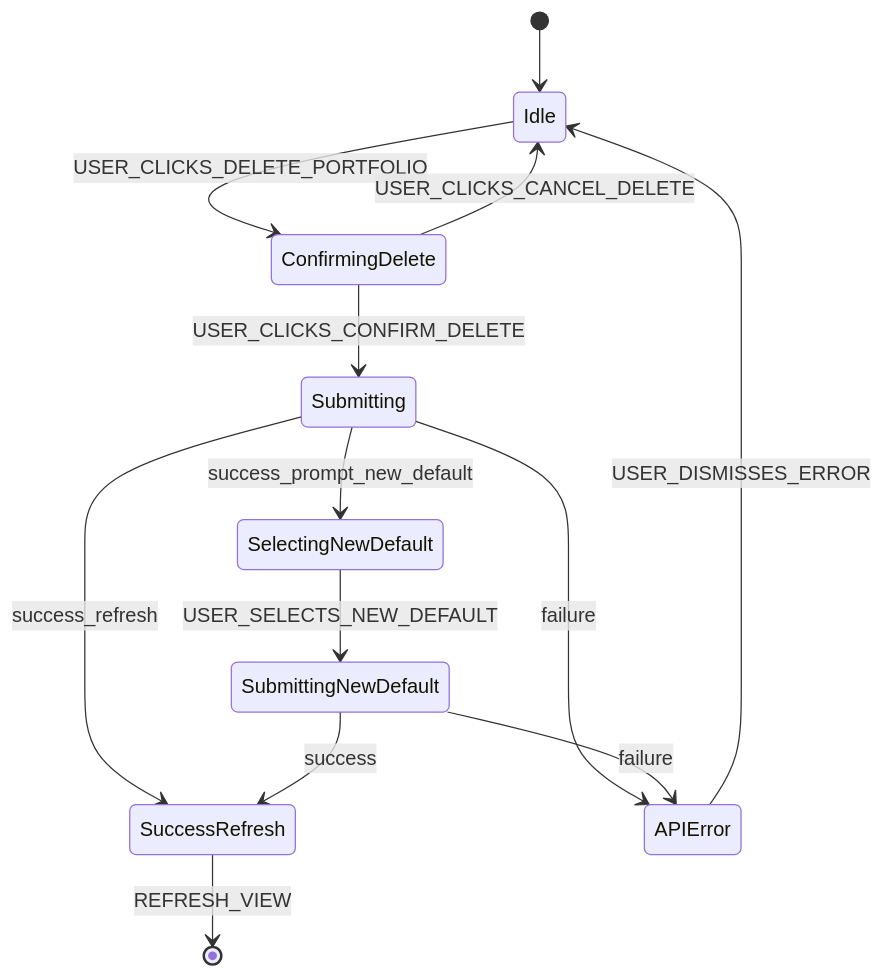
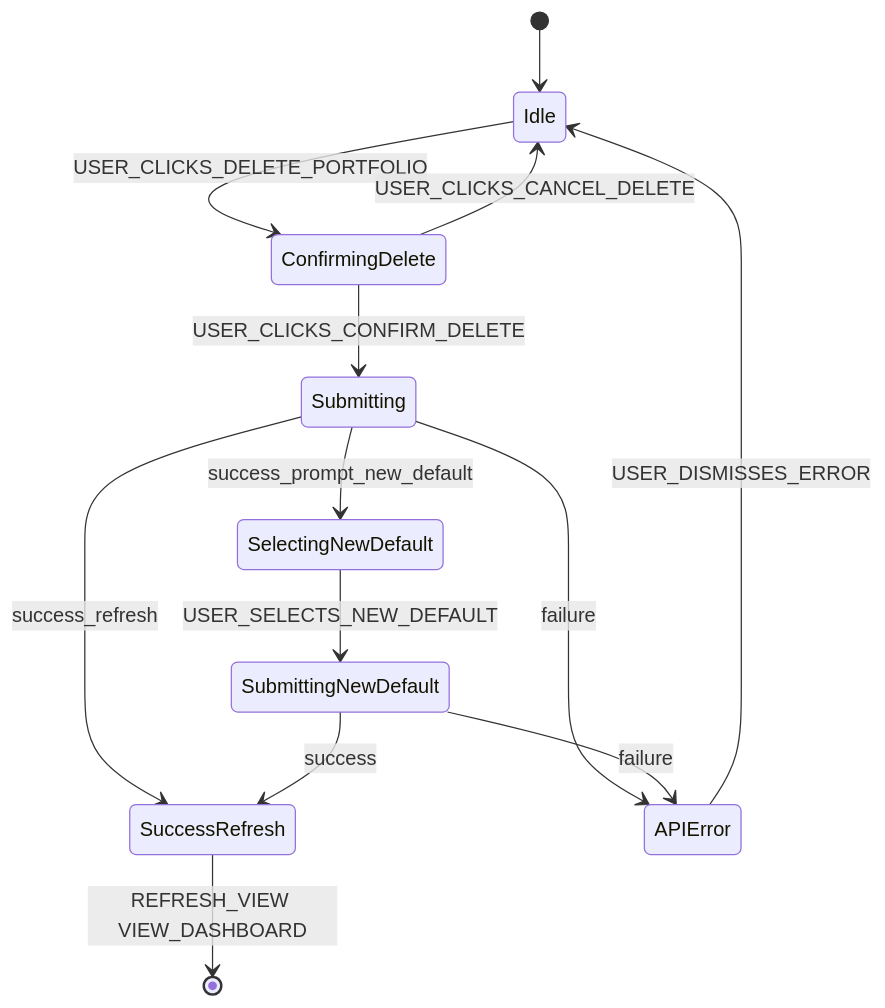
Before and after one commit to enzhao/Sentinel: the fifth of 16 diagrams in docs/ui_flow_diagrams.md, drawn with Mermaid. The commit also changed other lines of this file and 4 other files, not shown here.

First line of the commit message:
docs(spec): clarify and rename UI flow definitions

````diff
--- a/docs/ui_flow_diagrams.md
+++ b/docs/ui_flow_diagrams.md
@@ -81,15 +90,16 @@
 ```mermaid
 stateDiagram-v2
+    state "Idle" as Idle
     [*] --> Idle
     Idle --> ConfirmingDelete : USER_CLICKS_DELETE_PORTFOLIO
     ConfirmingDelete --> Submitting : USER_CLICKS_CONFIRM_DELETE
     ConfirmingDelete --> Idle : USER_CLICKS_CANCEL_DELETE
     Submitting --> SuccessRefresh : success_refresh
     Submitting --> SelectingNewDefault : success_prompt_new_default
     Submitting --> APIError : failure
     SelectingNewDefault --> SubmittingNewDefault : USER_SELECTS_NEW_DEFAULT
     SubmittingNewDefault --> SuccessRefresh : success
     SubmittingNewDefault --> APIError : failure
-    SuccessRefresh --> [*] : REFRESH_VIEW
+    SuccessRefresh --> [*] : REFRESH_VIEW VIEW_DASHBOARD
     APIError --> Idle : USER_DISMISSES_ERROR
 ```
````
